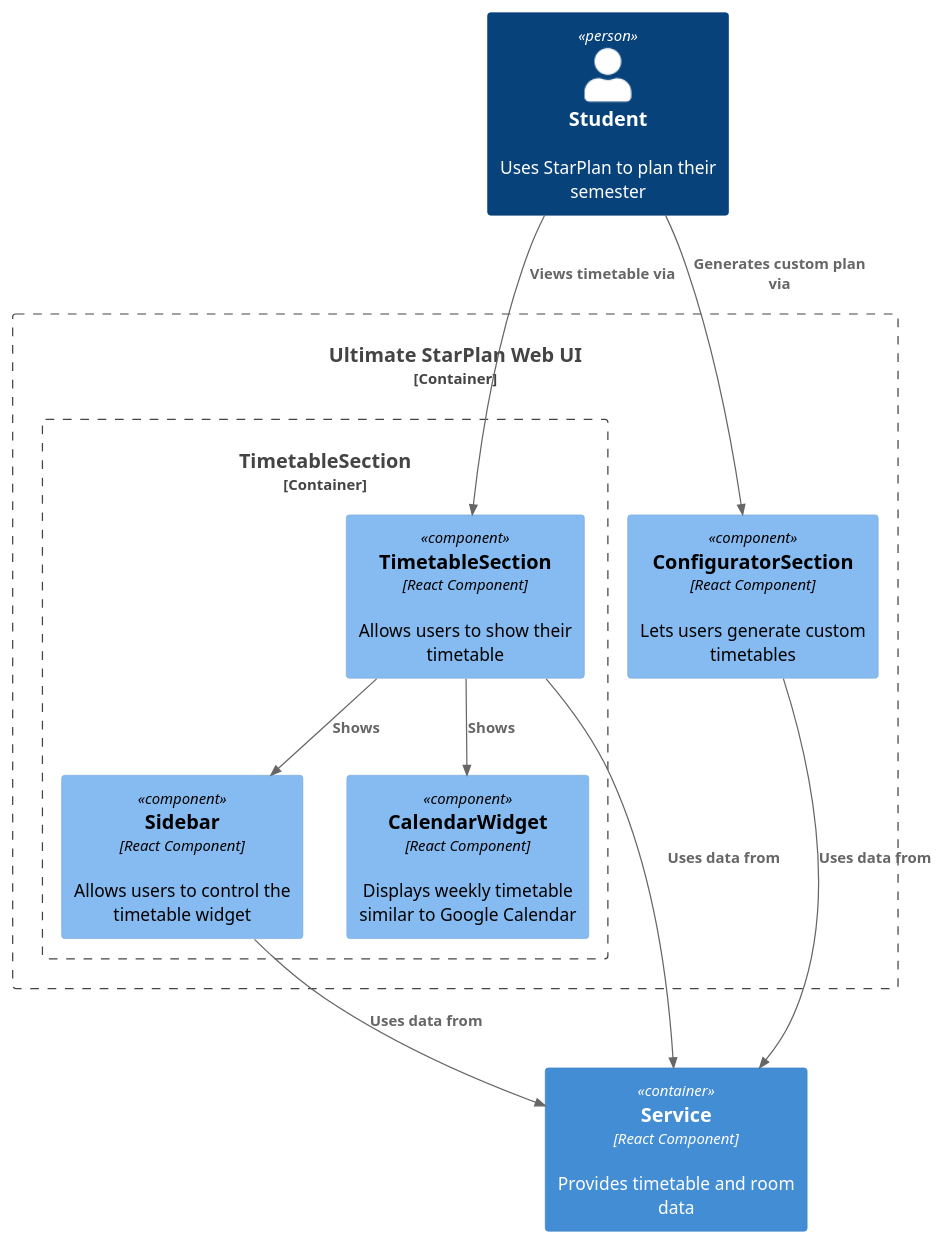
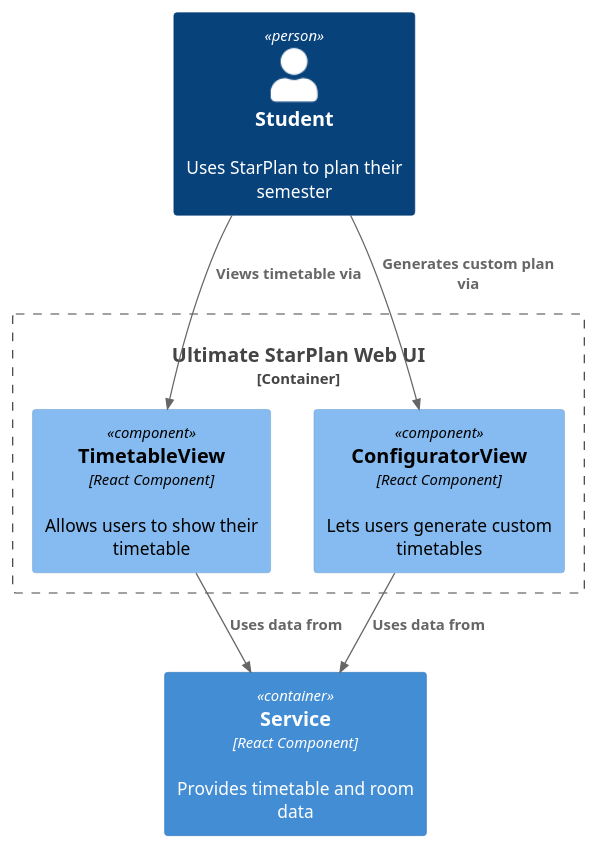
One commit to Kartoffelbauer/usplan changed the diagram in diagrams/C4Components.puml. Above: the diagram before and after it, drawn with PlantUML.

Commit message:
Updated C4 diagrams

```diff
--- a/diagrams/C4Components.puml
+++ b/diagrams/C4Components.puml
@@ -1,30 +1,23 @@
 @startuml USP_Components
 !includeurl https://raw.githubusercontent.com/RicardoNiepel/C4-PlantUML/master/C4_Component.puml
 
 ' Define container boundary
 Container_Boundary(c2WebUi, "Ultimate StarPlan Web UI") {
-  Container_Boundary(timetableSectionContainer, "TimetableSection") {
-    Component(timetableSection, "TimetableSection", "React Component", "Allows users to show their timetable")
-    Component(timetableSidebar, "Sidebar", "React Component", "Allows users to control the timetable widget")
-    Component(timetableCalendarWidget, "CalendarWidget", "React Component", "Displays weekly timetable similar to Google Calendar")
-  }
-  Component(configuratorSection, "ConfiguratorSection", "React Component", "Lets users generate custom timetables")
+  Component(timetableView, "TimetableView", "React Component", "Allows users to show their timetable")
+  Component(configuratorView, "ConfiguratorView", "React Component", "Lets users generate custom timetables")
 }
 
 ' External actors
 Person(student, "Student", "Uses StarPlan to plan their semester")
 
 ' Containers
 Container(service, "Service", "React Component", "Provides timetable and room data")
 
 ' Relationships
-Rel(student, timetableSection, "Views timetable via")
-Rel(timetableSection, timetableSidebar, "Shows")
-Rel(timetableSection, timetableCalendarWidget, "Shows")
-Rel(student, configuratorSection, "Generates custom plan via")
+Rel(student, timetableView, "Views timetable via")
+Rel(student, configuratorView, "Generates custom plan via")
 
-Rel(timetableSection, service, "Uses data from")
-Rel(timetableSidebar, service, "Uses data from")
-Rel(configuratorSection, service, "Uses data from")
+Rel(timetableView, service, "Uses data from")
+Rel(configuratorView, service, "Uses data from")
 
 @enduml
```
